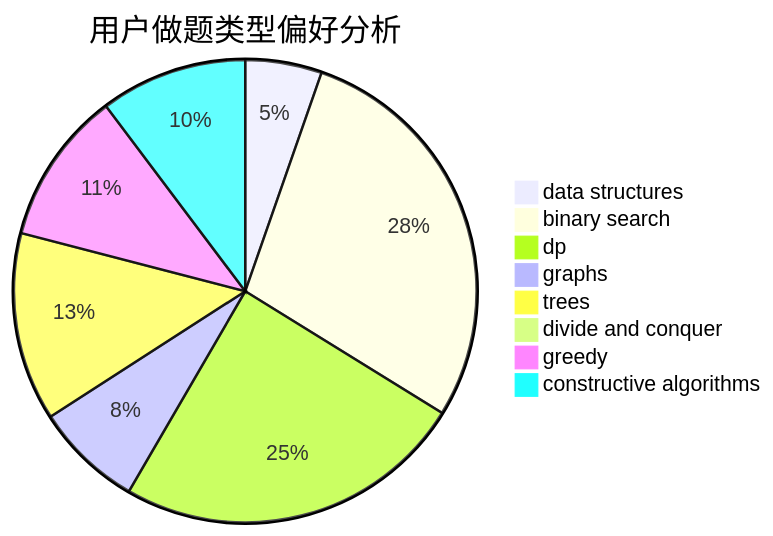
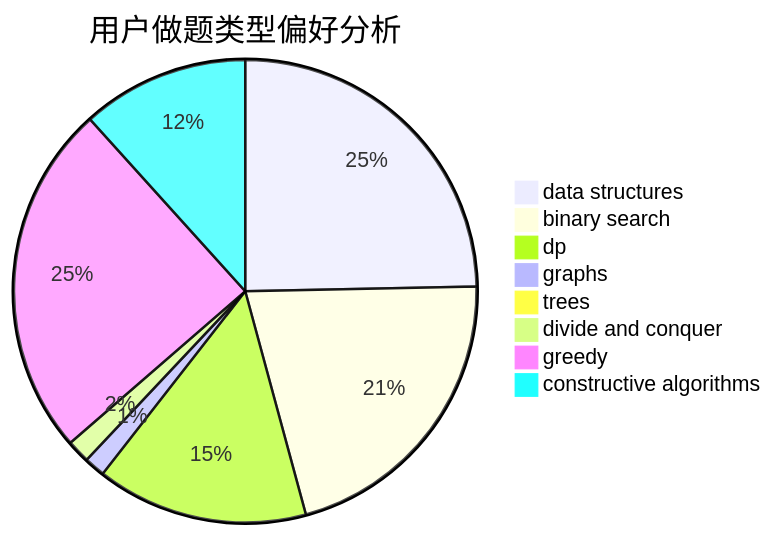
Before and after one commit to sherpahu/cfrs.github.io: the second of 3 diagrams in docs/user/u2321.md, drawn with Mermaid. The commit also changed other lines of this file and 2770 other files, not shown here.

````diff
--- a/docs/user/u2321.md
+++ b/docs/user/u2321.md
@@ -23,11 +23,11 @@
 ```mermaid
 pie title 用户做题类型偏好分析
-    "data structures" :  37
-    "binary search" :  197
-    "dp" :  170
-    "graphs" :  52
-    "trees" :  91
-    "divide and conquer" :  0
-    "greedy" :  74
-    "constructive algorithms" :  71
+    "data structures" :  152
+    "binary search" :  130
+    "dp" :  91
+    "graphs" :  9
+    "trees" :  2
+    "divide and conquer" :  10
+    "greedy" :  152
+    "constructive algorithms" :  72
 ```
````
